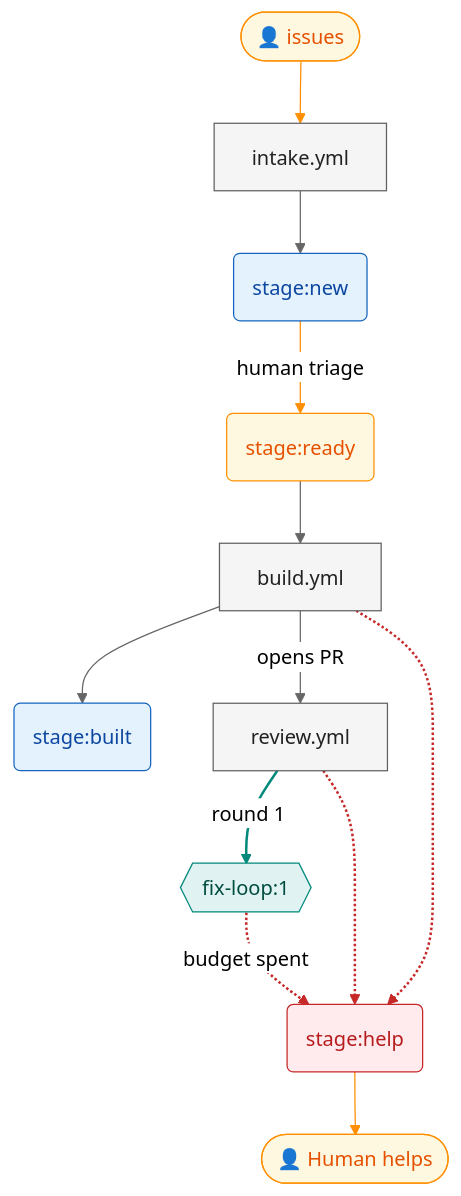
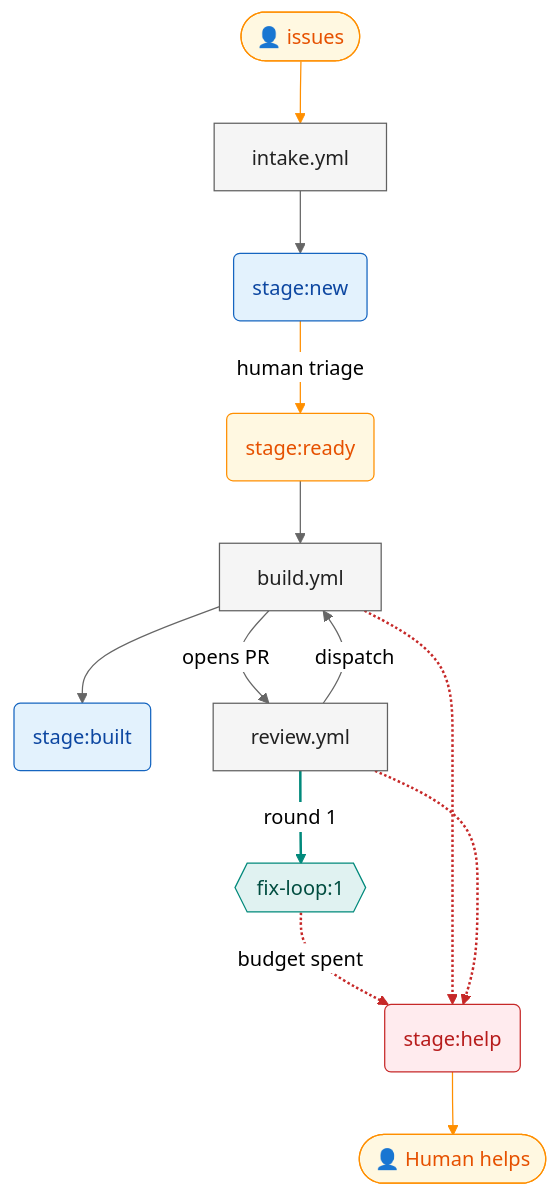
One commit to menashsoffer/nx-ai-agents-workspace changed the diagram in tools/pipeline-map/src/fixtures/basic/expected.md. Above: the diagram before and after it, drawn with Mermaid (neutral theme). The commit also changed other lines of this file and 10 other files, not shown here.

````diff
--- a/tools/pipeline-map/src/fixtures/basic/expected.md
+++ b/tools/pipeline-map/src/fixtures/basic/expected.md
@@ -13,38 +13,39 @@
 ```mermaid
 flowchart TD
   h_src_intake(["👤 issues"])
   h_stage_help(["👤 Human helps"])
   l_fix_loop_1{{"fix-loop:1"}}
   s_stage_built("stage:built")
   s_stage_help("stage:help")
   s_stage_new("stage:new")
   s_stage_ready("stage:ready")
   w_build["build.yml"]
   w_intake["intake.yml"]
   w_review["review.yml"]
   h_src_intake --> w_intake
   s_stage_help --> h_stage_help
   s_stage_new -->|"human triage"| s_stage_ready
   s_stage_ready --> w_build
   w_build --> s_stage_built
   w_intake --> s_stage_new
   w_build -->|"opens PR"| w_review
+  w_review -->|"dispatch"| w_build
   w_review -->|"round 1"| l_fix_loop_1
   l_fix_loop_1 -.->|"budget spent"| s_stage_help
   w_build -.-> s_stage_help
   w_review -.-> s_stage_help
   classDef stage fill:#e3f2fd,stroke:#1565c0,color:#0d47a1
   classDef workflow fill:#f5f5f5,stroke:#616161,color:#212121
   classDef gate fill:#f5f5f5,stroke:#616161,color:#212121,stroke-dasharray:4 3
   classDef problem fill:#ffebee,stroke:#c62828,color:#b71c1c
   classDef human fill:#fff8e1,stroke:#ff8f00,color:#e65100
   classDef loop fill:#e0f2f1,stroke:#00897b,color:#004d40
   class s_stage_built,s_stage_new stage
   class w_build,w_intake,w_review workflow
   class s_stage_help problem
   class h_src_intake,h_stage_help,s_stage_ready human
   class l_fix_loop_1 loop
-  linkStyle 8,9,10 stroke:#c62828,stroke-width:2px
-  linkStyle 7 stroke:#00897b,stroke-width:2px
+  linkStyle 9,10,11 stroke:#c62828,stroke-width:2px
+  linkStyle 8 stroke:#00897b,stroke-width:2px
   linkStyle 0,1,2 stroke:#ff8f00
 ```
````
